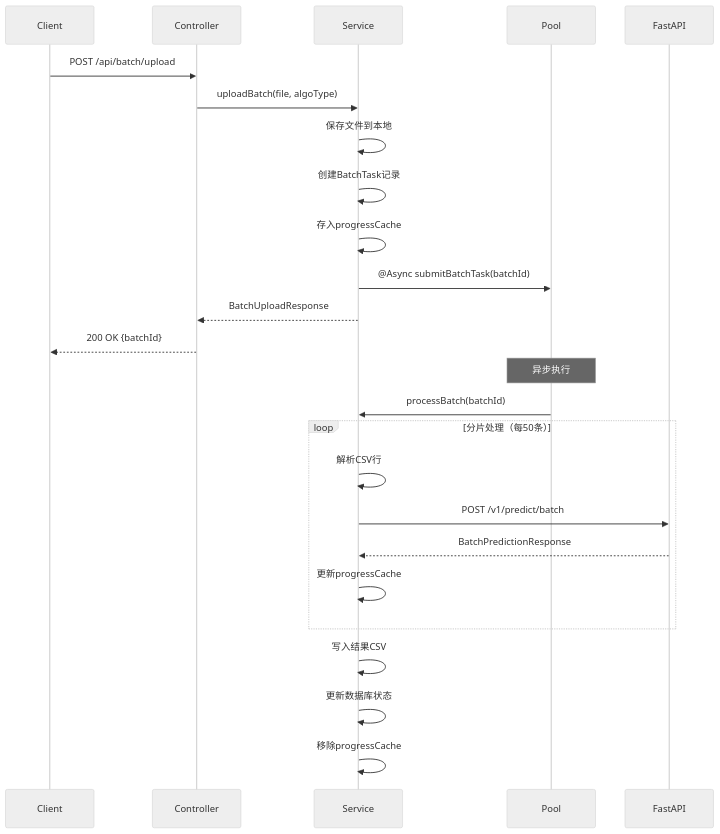
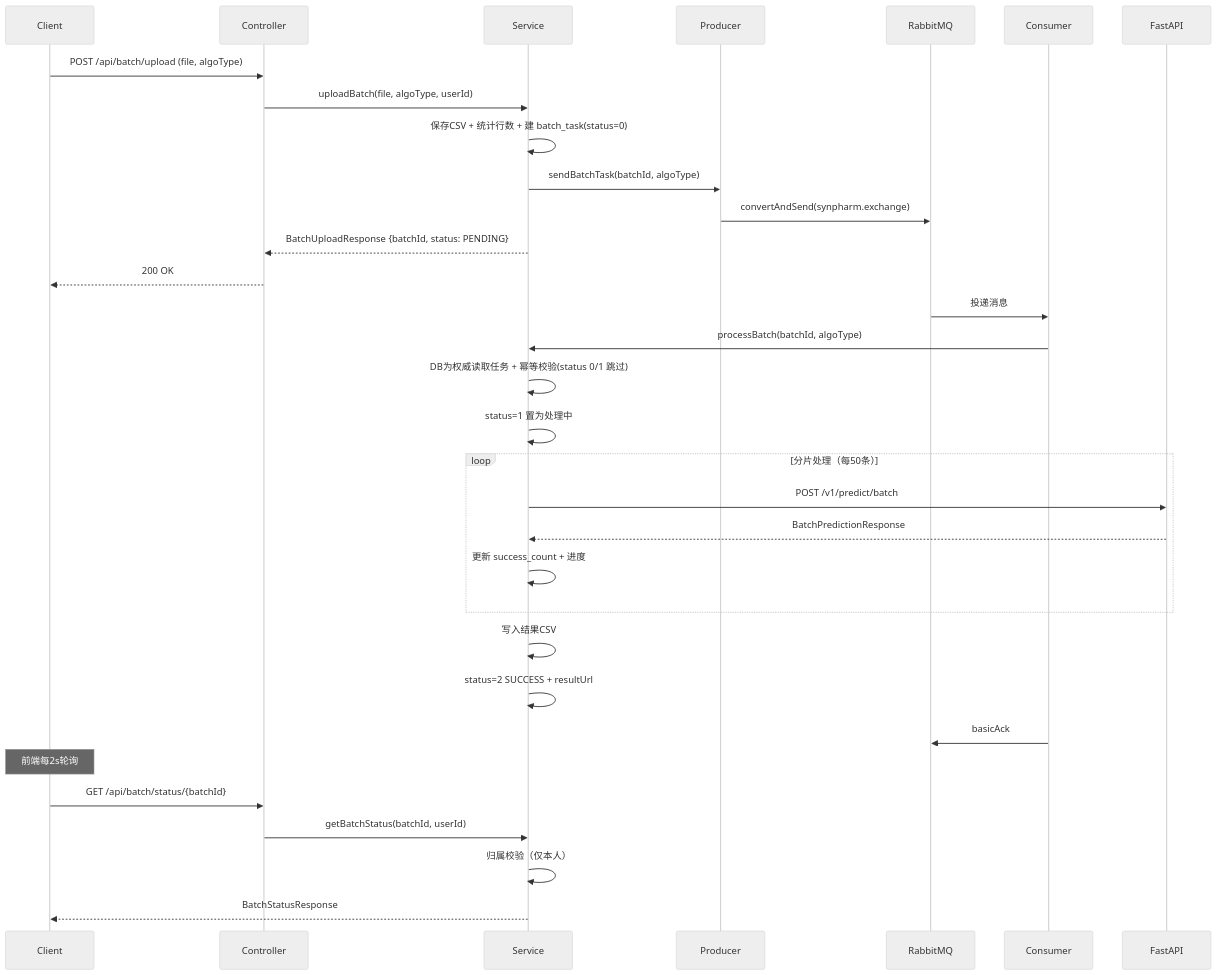
One commit to Ljz4777/SynPharm changed the fourth of 7 diagrams in docs/architecture/SynPharm项目整体架构培训文档.md. Above: the diagram before and after it, drawn with Mermaid (neutral theme). The commit also changed other lines of this file and 43 other files, not shown here.

````diff
--- a/docs/architecture/SynPharm项目整体架构培训文档.md
+++ b/docs/architecture/SynPharm项目整体架构培训文档.md
@@ -308,29 +298,37 @@
 ```mermaid
 sequenceDiagram
     participant Client
     participant Controller
     participant Service
-    participant Pool
+    participant Producer
+    participant MQ as RabbitMQ
+    participant Consumer
     participant FastAPI
-    
-    Client->>Controller: POST /api/batch/upload
-    Controller->>Service: uploadBatch(file, algoType)
-    Service->>Service: 保存文件到本地
-    Service->>Service: 创建BatchTask记录
-    Service->>Service: 存入progressCache
-    Service->>Pool: @Async submitBatchTask(batchId)
-    Service-->>Controller: BatchUploadResponse
-    Controller-->>Client: 200 OK {batchId}
-    
-    Note over Pool: 异步执行
-    Pool->>Service: processBatch(batchId)
+
+    Client->>Controller: POST /api/batch/upload (file, algoType)
+    Controller->>Service: uploadBatch(file, algoType, userId)
+    Service->>Service: 保存CSV + 统计行数 + 建 batch_task(status=0)
+    Service->>Producer: sendBatchTask(batchId, algoType)
+    Producer->>MQ: convertAndSend(synpharm.exchange)
+    Service-->>Controller: BatchUploadResponse {batchId, status: PENDING}
+    Controller-->>Client: 200 OK
+
+    MQ->>Consumer: 投递消息
+    Consumer->>Service: processBatch(batchId, algoType)
+    Service->>Service: DB为权威读取任务 + 幂等校验(status 0/1 跳过)
+    Service->>Service: status=1 置为处理中
     loop 分片处理（每50条）
-        Service->>Service: 解析CSV行
         Service->>FastAPI: POST /v1/predict/batch
         FastAPI-->>Service: BatchPredictionResponse
-        Service->>Service: 更新progressCache
+        Service->>Service: 更新 success_count + 进度
     end
     Service->>Service: 写入结果CSV
-    Service->>Service: 更新数据库状态
-    Service->>Service: 移除progressCache
+    Service->>Service: status=2 SUCCESS + resultUrl
+    Consumer->>MQ: basicAck
+
+    Note over Client: 前端每2s轮询
+    Client->>Controller: GET /api/batch/status/{batchId}
+    Controller->>Service: getBatchStatus(batchId, userId)
+    Service->>Service: 归属校验（仅本人）
+    Service-->>Client: BatchStatusResponse
 ```
````
